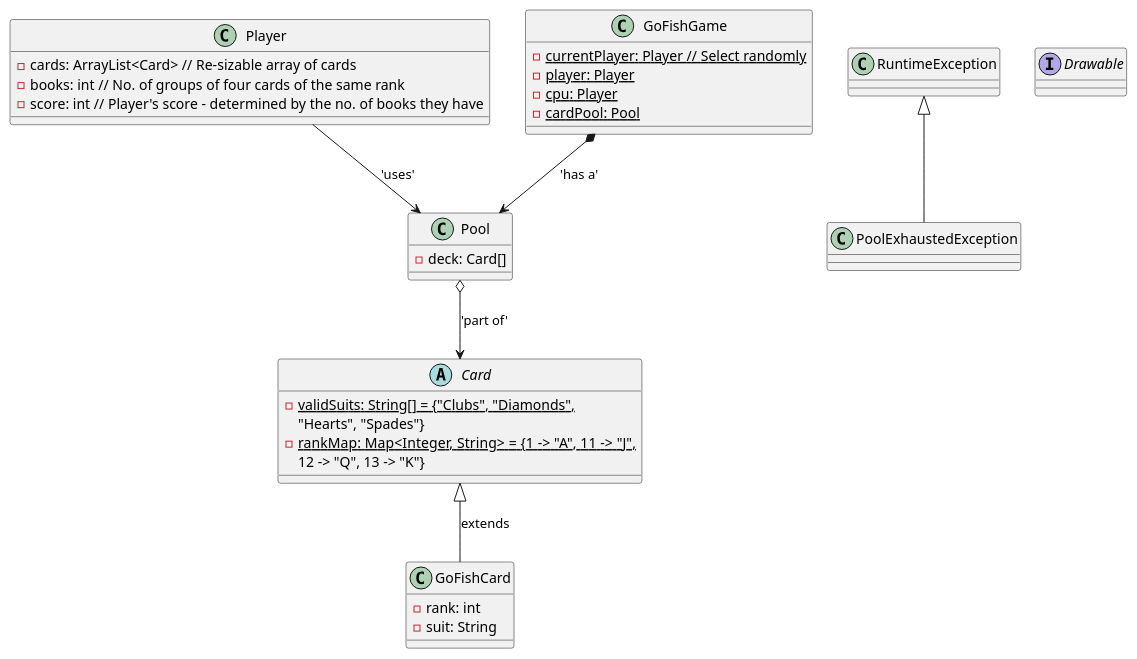
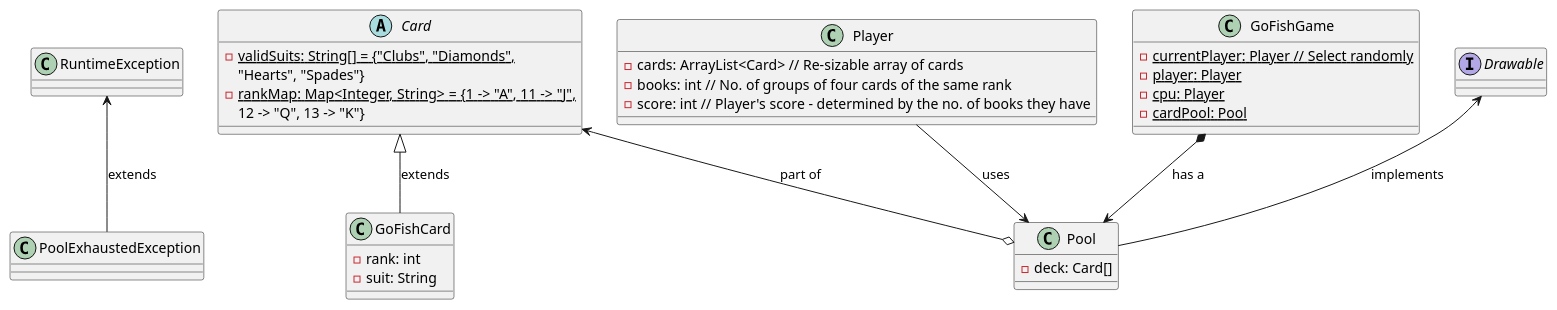
Before and after one commit to SanteIsHere/GoFishFinalProject: the diagram in doc/GoFish.puml, drawn with PlantUML. The commit also changed 4 other files, not shown here.

Commit message:
Create `Drawable` interface; Update UML diagram

```diff
--- a/doc/GoFish.puml
+++ b/doc/GoFish.puml
@@ -1,54 +1,55 @@
 @startuml GoFishGame
 
 ' note top of Game
 '     "Go Fish simulation for two players"
 ' end note
 
 class Player {
     - cards: ArrayList<Card> // Re-sizable array of cards
     - books: int // No. of groups of four cards of the same rank
     - score: int // Player's score - determined by the no. of books they have
 }
 
 class GoFishGame {
     - {static} currentPlayer: Player // Select randomly
     - {static} player: Player
     - {static} cpu: Player
     - {static} cardPool: Pool
 }
 
 class Pool {
     - deck: Card[]
 }
 
 ' note right of Pool
 '     "Represents the deck of available cards"
 ' end note
 
 abstract class Card {
     - {static} validSuits: String[] = {"Clubs", "Diamonds", 
     "Hearts", "Spades"}
     - {static} rankMap: Map<Integer, String> = {1 -> "A", 11 -> "J", 
     12 -> "Q", 13 -> "K"}
 }
 
 class GoFishCard {
     - rank: int
     - suit: String
 }
 
-class PoolExhaustedException extends RuntimeException {
+class PoolExhaustedException {
 
 }
 
 interface Drawable {
     
 }
 
-Player --> Pool: 'uses'
-Pool o--> Card: 'part of'
+Player --> Pool: uses
+Pool o-up-> Card: part of
 GoFishCard -up-|> Card: extends
-GoFishGame *--> Pool: 'has a'
-
+GoFishGame *--> Pool: has a
+Pool -up-> Drawable: implements
+PoolExhaustedException -up-> RuntimeException: extends
 
 @enduml
```
